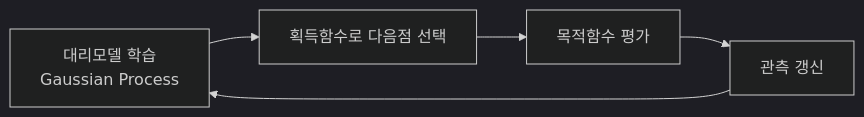
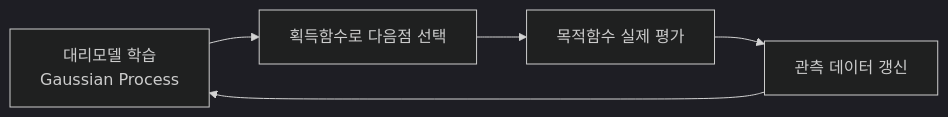
The diagram in content/bayesian-optimization.md (coninggu/wjdqhrhksflrltnftk), drawn with Mermaid (dark theme) before and after one commit. The commit also changed other lines of this file and 16 other files, not shown here.

````diff
--- a/content/bayesian-optimization.md
+++ b/content/bayesian-optimization.md
@@ -14,7 +15,7 @@
 ```mermaid
 flowchart LR
   S[대리모델 학습<br/>Gaussian Process] --> A[획득함수로 다음점 선택]
-  A --> E[목적함수 평가]
-  E --> U[관측 갱신]
+  A --> E[목적함수 실제 평가]
+  E --> U[관측 데이터 갱신]
   U --> S
 ```
````
